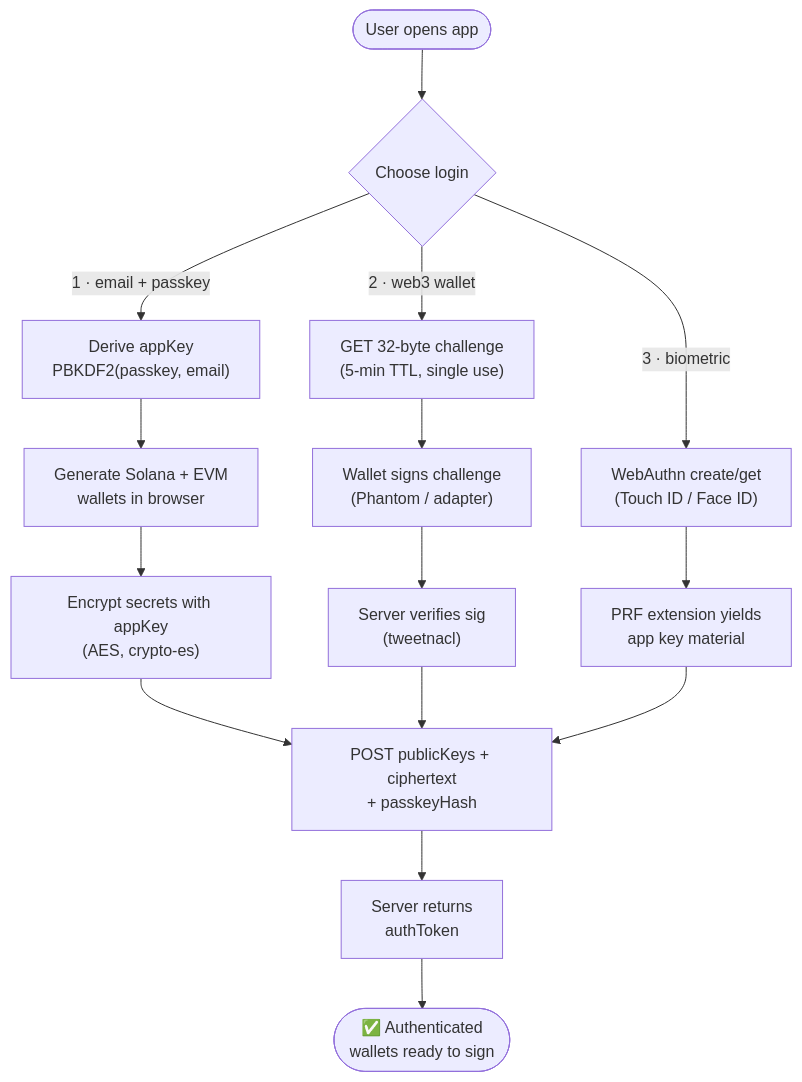
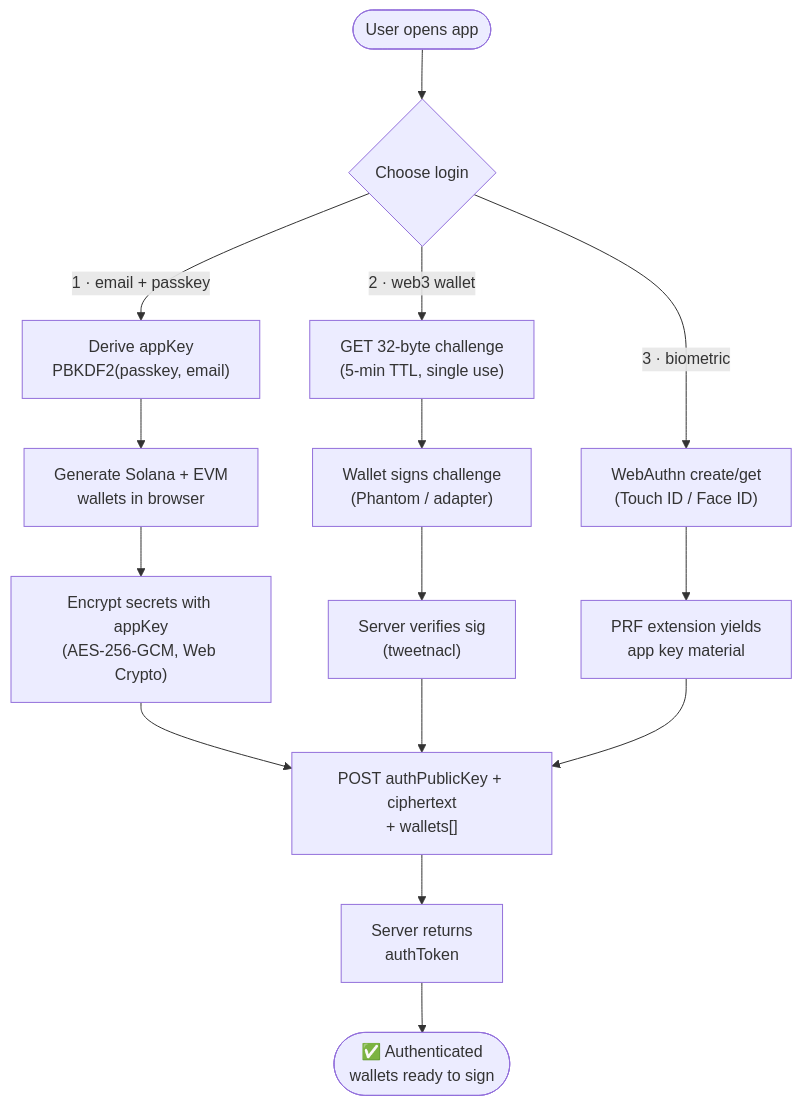
The second of 3 diagrams in README.md (tetrac-official/tetrac-login-sdk-demo), drawn with Mermaid before and after one commit. The commit also changed other lines of this file and 14 other files, not shown here.

````diff
--- a/README.md
+++ b/README.md
@@ -130,21 +132,21 @@
 ```mermaid
 flowchart TD
   Start(["User opens app"]) --> Pick{"Choose login"}
 
   Pick -->|"1 · email + passkey"| E1["Derive appKey<br/>PBKDF2(passkey, email)"]
   E1 --> E2["Generate Solana + EVM<br/>wallets in browser"]
-  E2 --> E3["Encrypt secrets with appKey<br/>(AES, crypto-es)"]
-  E3 --> Send["POST publicKeys + ciphertext<br/>+ passkeyHash"]
+  E2 --> E3["Encrypt secrets with appKey<br/>(AES-256-GCM, Web Crypto)"]
+  E3 --> Send["POST authPublicKey + ciphertext<br/>+ wallets[]"]
 
   Pick -->|"2 · web3 wallet"| W1["GET 32-byte challenge<br/>(5-min TTL, single use)"]
   W1 --> W2["Wallet signs challenge<br/>(Phantom / adapter)"]
   W2 --> W3["Server verifies sig<br/>(tweetnacl)"]
   W3 --> Send
 
   Pick -->|"3 · biometric"| B1["WebAuthn create/get<br/>(Touch ID / Face ID)"]
   B1 --> B2["PRF extension yields<br/>app key material"]
   B2 --> Send
 
   Send --> Sess["Server returns<br/>authToken"]
   Sess --> Done(["✅ Authenticated<br/>wallets ready to sign"])
 ```
````
